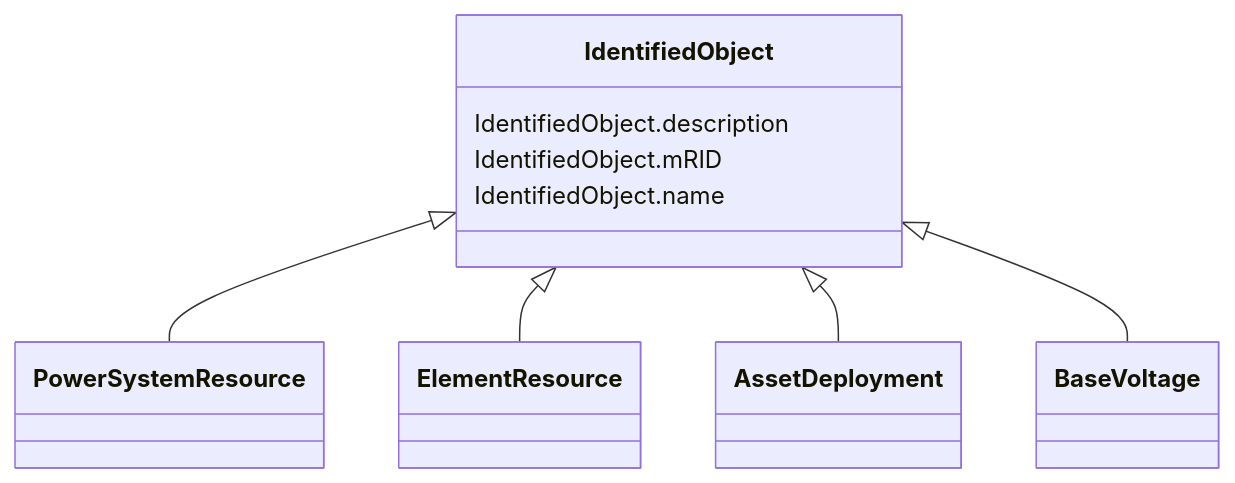
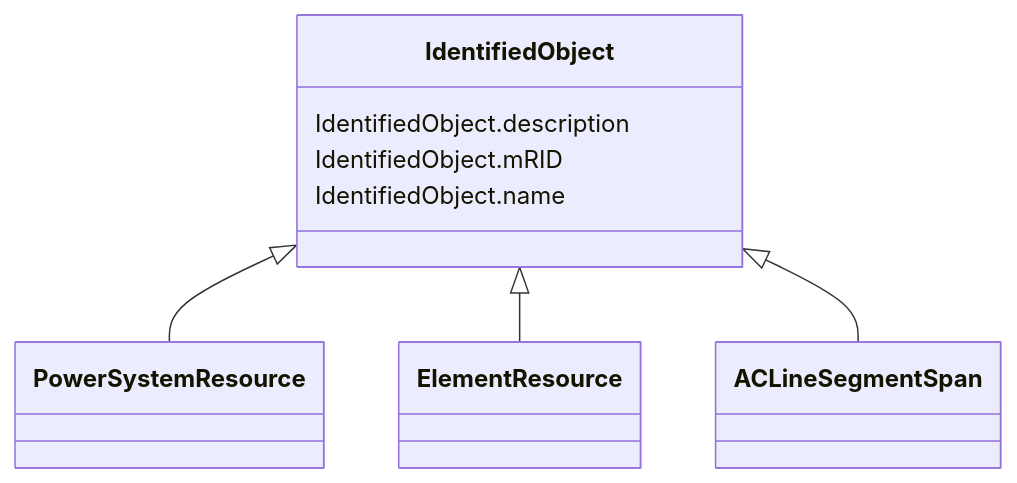
The diagram in docs/AviationObstacle/IdentifiedObject.md (3lbits/NoCIMExtensions), drawn with Mermaid before and after one commit. The commit also changed other lines of this file and 61 other files, not shown here.

````diff
--- a/docs/AviationObstacle/IdentifiedObject.md
+++ b/docs/AviationObstacle/IdentifiedObject.md
@@ -18,21 +18,19 @@
 ```mermaid
  classDiagram
     class IdentifiedObject
     click IdentifiedObject href "../IdentifiedObject"
       IdentifiedObject <|-- PowerSystemResource
         click PowerSystemResource href "../PowerSystemResource"
       IdentifiedObject <|-- ElementResource
         click ElementResource href "../ElementResource"
-      IdentifiedObject <|-- AssetDeployment
-        click AssetDeployment href "../AssetDeployment"
-      IdentifiedObject <|-- BaseVoltage
-        click BaseVoltage href "../BaseVoltage"
+      IdentifiedObject <|-- ACLineSegmentSpan
+        click ACLineSegmentSpan href "../ACLineSegmentSpan"
       
       IdentifiedObject : IdentifiedObject.description
         
       IdentifiedObject : IdentifiedObject.mRID
         
       IdentifiedObject : IdentifiedObject.name
         
       
 ```
````
